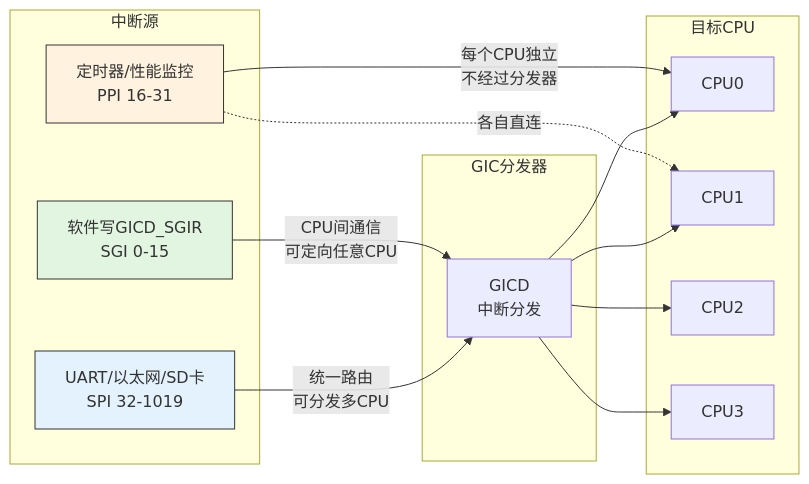
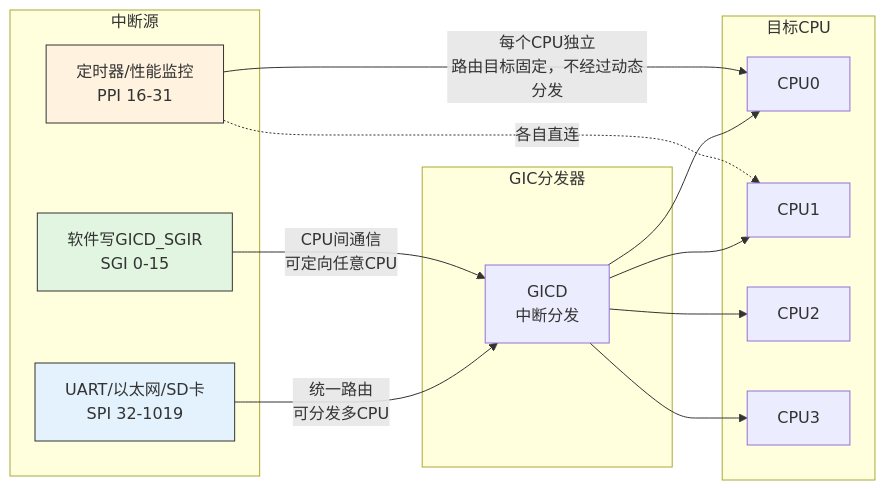
One commit to xiaohong0925/Embedded_Knowledge_System_V2026 changed the diagram in docs/02-核心机制深度解析/第10章 中断与时间/10.1.3_SPI_PPI_SGI三种中断.md. Above: the diagram before and after it, drawn with Mermaid. The commit also changed other lines of this file and 8 other files, not shown here.

````diff
--- a/docs/02-核心机制深度解析/第10章 中断与时间/10.1.3_SPI_PPI_SGI三种中断.md
+++ b/docs/02-核心机制深度解析/第10章 中断与时间/10.1.3_SPI_PPI_SGI三种中断.md
@@ -30,32 +38,32 @@
 ```mermaid
 graph LR
     subgraph "中断源"
         A[软件写GICD_SGIR<br>SGI 0-15]
         B[定时器/性能监控<br>PPI 16-31]
         C[UART/以太网/SD卡<br>SPI 32-1019]
     end
 
     subgraph "GIC分发器"
         D[GICD<br>中断分发]
     end
 
     subgraph "目标CPU"
         E[CPU0]
         F[CPU1]
         G[CPU2]
         H[CPU3]
     end
 
     A -->|"CPU间通信<br>可定向任意CPU"| D
-    B -->|"每个CPU独立<br>不经过分发器"| E
+    B -->|"每个CPU独立<br>路由目标固定，不经过动态分发"| E
     B -.->|"各自直连"| F
     C -->|"统一路由<br>可分发多CPU"| D
     D --> E
     D --> F
     D --> G
     D --> H
 
     style A fill:#e1f5e1,stroke:#333
     style B fill:#fff3e0,stroke:#333
     style C fill:#e3f2fd,stroke:#333
 ```
````
